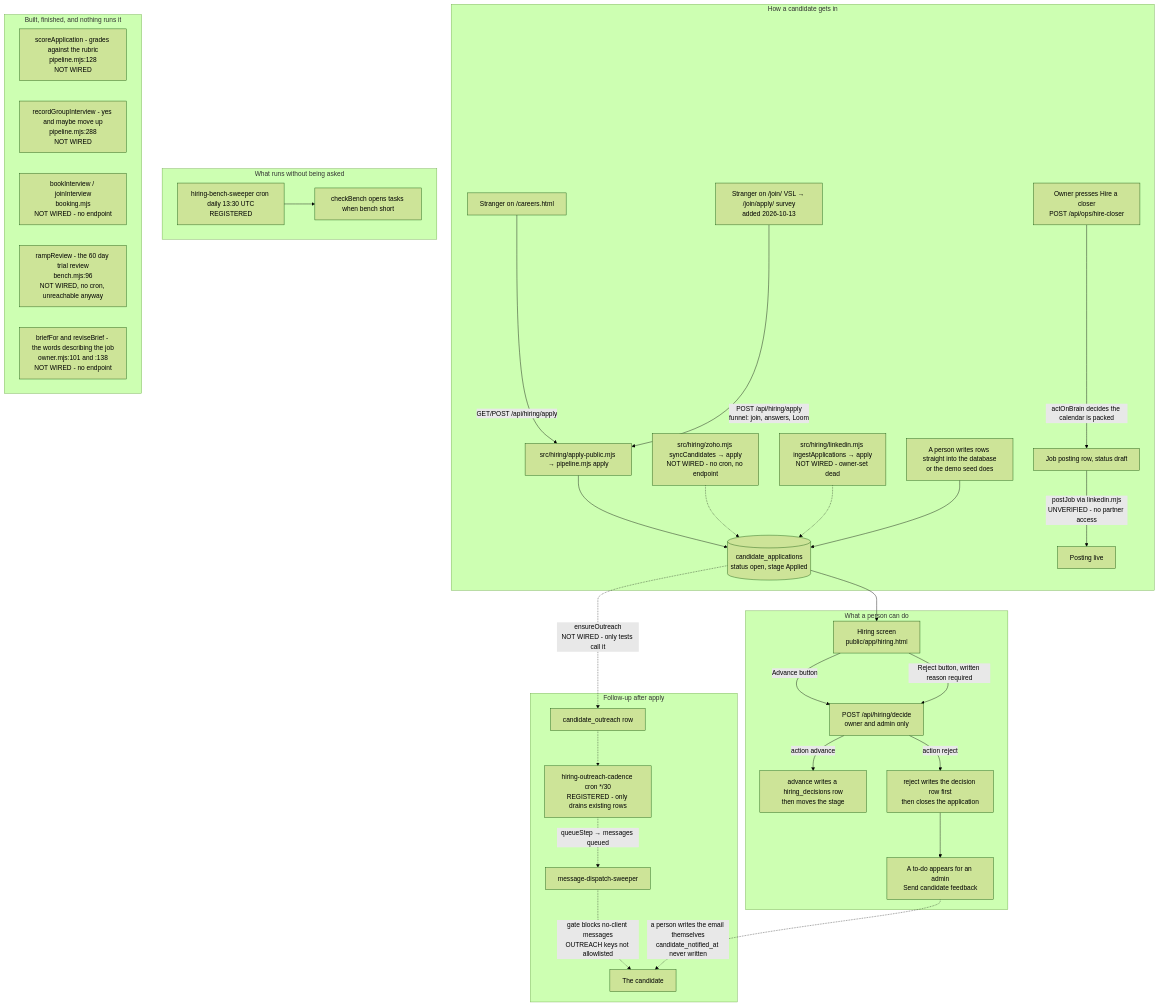
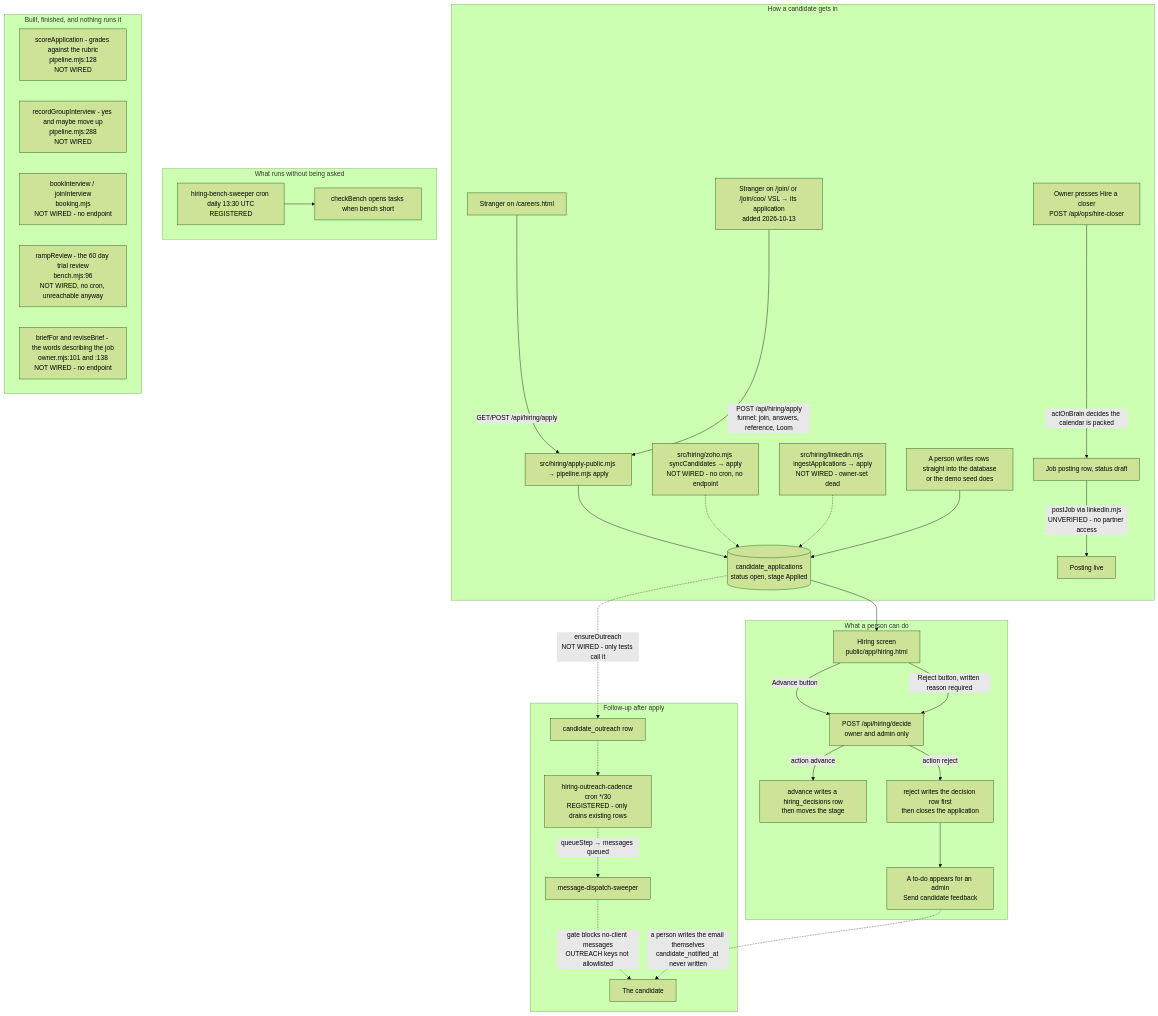
Before and after one commit to ZootimusMaximusSupreme/fundhub-platform: the diagram in docs/journeys/hiring-actual.md, drawn with Mermaid (forest theme). The commit also changed other lines of this file and 15 other files, not shown here.

````diff
--- a/docs/journeys/hiring-actual.md
+++ b/docs/journeys/hiring-actual.md
@@ -27,45 +27,45 @@
 ```mermaid
 flowchart TD
     subgraph GETTING_CANDIDATES [How a candidate gets in]
       CAREERS[Stranger on /careers.html] -->|GET/POST /api/hiring/apply| APPLYFN
-      JOIN[Stranger on /join/ VSL → /join/apply/ survey<br/>added 2026-10-13] -->|POST /api/hiring/apply<br/>funnel: join, answers, Loom| APPLYFN
+      JOIN[Stranger on /join/ or /join/coo/ VSL → its application<br/>added 2026-10-13] -->|POST /api/hiring/apply<br/>funnel: join, answers, reference, Loom| APPLYFN
       APPLYFN[src/hiring/apply-public.mjs → pipeline.mjs apply] --> ROW
       ZOHO[src/hiring/zoho.mjs syncCandidates → apply<br/>NOT WIRED - no cron, no endpoint] -.-> ROW
       LI[src/hiring/linkedin.mjs ingestApplications → apply<br/>NOT WIRED - owner-set dead] -.-> ROW
       HAND[A person writes rows straight into the database<br/>or the demo seed does] --> ROW
       HIRE[Owner presses Hire a closer<br/>POST /api/ops/hire-closer] -->|actOnBrain decides the calendar is packed| DRAFT[Job posting row, status draft]
       DRAFT -->|postJob via linkedin.mjs<br/>UNVERIFIED - no partner access| LIVE[Posting live]
     end
 
     ROW[(candidate_applications<br/>status open, stage Applied)]
 
     subgraph OUTREACH [Follow-up after apply]
       ROW -.->|ensureOutreach<br/>NOT WIRED - only tests call it| CAD[candidate_outreach row]
       CAD -.-> SWEEP[hiring-outreach-cadence cron */30<br/>REGISTERED - only drains existing rows]
       SWEEP -.->|queueStep → messages queued| DISPATCH[message-dispatch-sweeper]
       DISPATCH -.->|gate blocks no-client messages<br/>OUTREACH keys not allowlisted| CANDMSG[The candidate]
     end
 
     subgraph DECIDING [What a person can do]
       ROW --> SCREENPG[Hiring screen<br/>public/app/hiring.html]
       SCREENPG -->|Advance button| DECIDE[POST /api/hiring/decide<br/>owner and admin only]
       SCREENPG -->|Reject button, written reason required| DECIDE
       DECIDE -->|action advance| ADV[advance writes a hiring_decisions row<br/>then moves the stage]
       DECIDE -->|action reject| REJ[reject writes the decision row first<br/>then closes the application]
       REJ --> TASK[A to-do appears for an admin<br/>Send candidate feedback]
     end
 
     subgraph TIMERS [What runs without being asked]
       BENCHSW[hiring-bench-sweeper cron daily 13:30 UTC<br/>REGISTERED] --> CHECK[checkBench opens tasks when bench short]
     end
 
     subgraph NOTWIRED [Built, finished, and nothing runs it]
       SCORE[scoreApplication - grades against the rubric<br/>pipeline.mjs:128<br/>NOT WIRED]
       GI[recordGroupInterview - yes and maybe move up<br/>pipeline.mjs:288<br/>NOT WIRED]
       BOOK[bookInterview / joinInterview<br/>booking.mjs<br/>NOT WIRED - no endpoint]
       RAMPR[rampReview - the 60 day trial review<br/>bench.mjs:96<br/>NOT WIRED, no cron, unreachable anyway]
       BRIEF[briefFor and reviseBrief - the words describing the job<br/>owner.mjs:101 and :138<br/>NOT WIRED - no endpoint]
     end
 
     TASK -.->|a person writes the email themselves<br/>candidate_notified_at never written| CANDMSG
 ```
````
